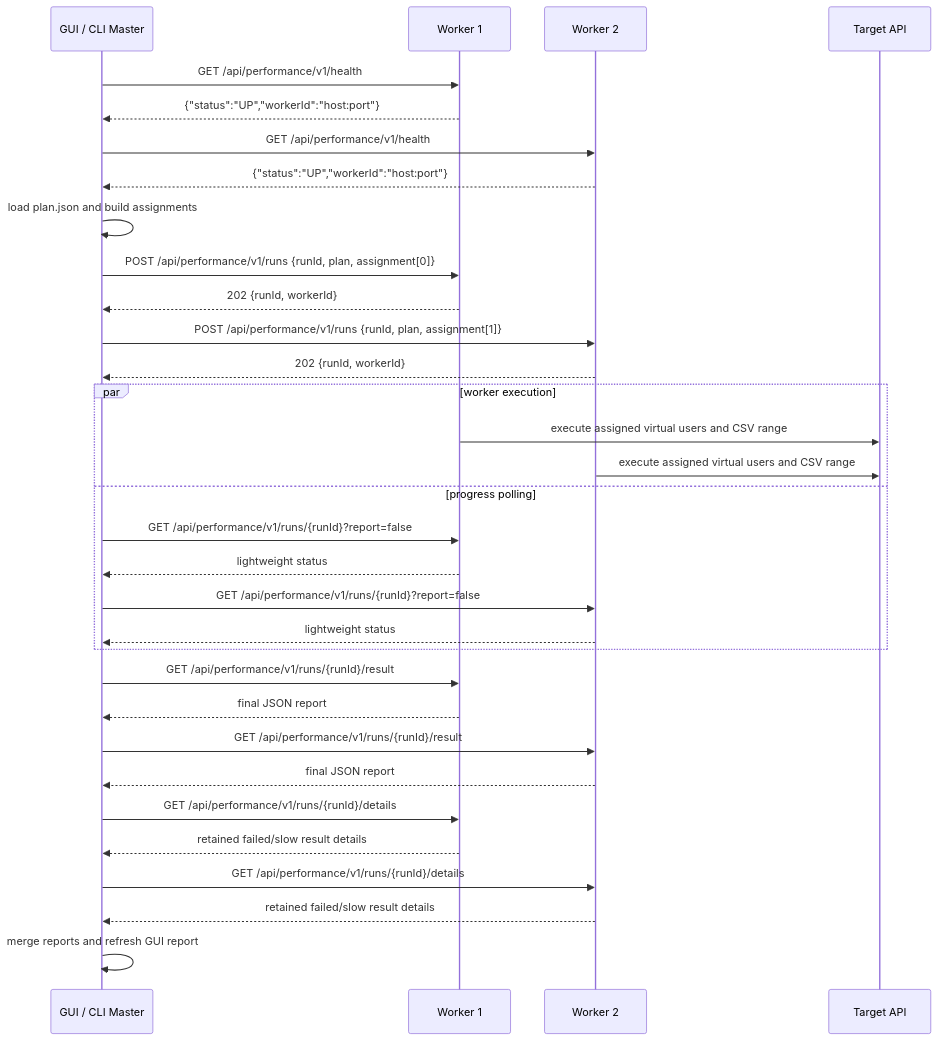
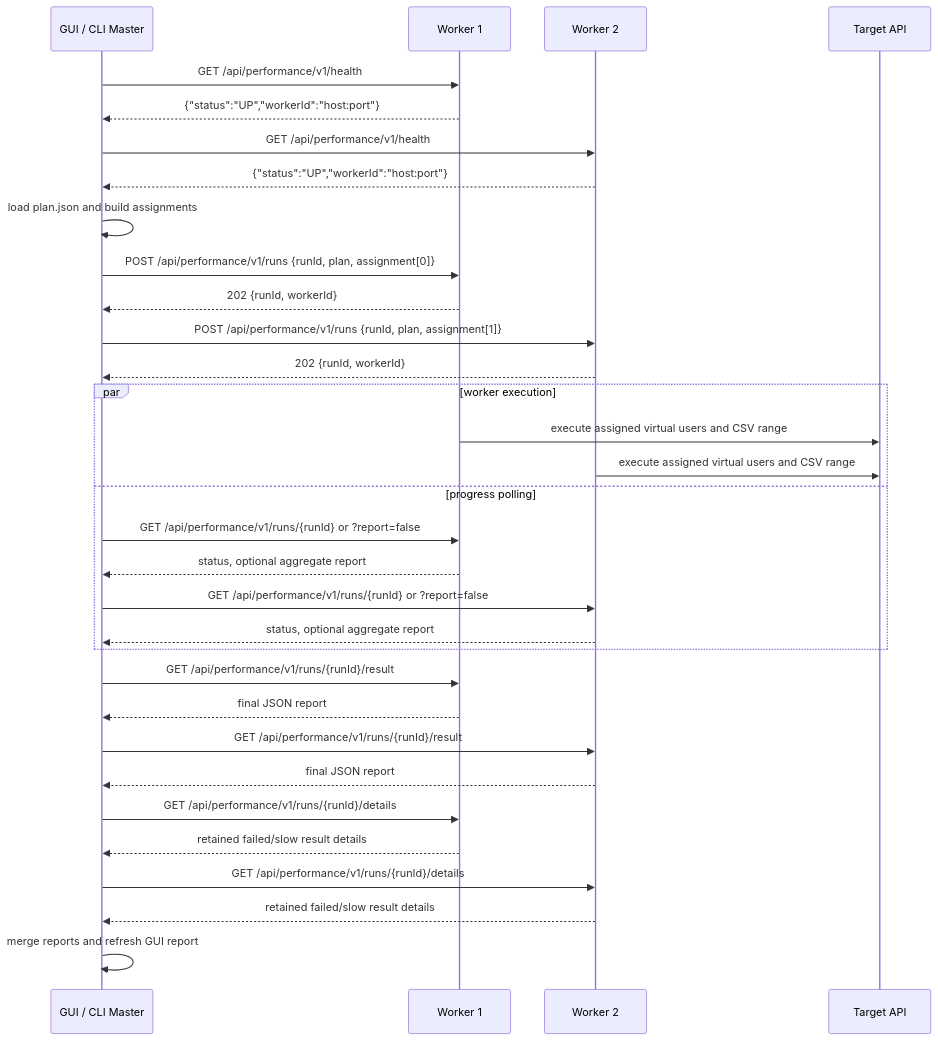
Before and after one commit to lakernote/EasyPostman: the diagram in docs/performance-load-test-design.md, drawn with Mermaid. The commit also changed other lines of this file and 16 other files, not shown here.

````diff
--- a/docs/performance-load-test-design.md
+++ b/docs/performance-load-test-design.md
@@ -208,38 +210,38 @@
 ```mermaid
 sequenceDiagram
     participant GUI as GUI / CLI Master
     participant W1 as Worker 1
     participant W2 as Worker 2
     participant T as Target API
 
     GUI->>W1: GET /api/performance/v1/health
     W1-->>GUI: {"status":"UP","workerId":"host:port"}
     GUI->>W2: GET /api/performance/v1/health
     W2-->>GUI: {"status":"UP","workerId":"host:port"}
 
     GUI->>GUI: load plan.json and build assignments
     GUI->>W1: POST /api/performance/v1/runs {runId, plan, assignment[0]}
     W1-->>GUI: 202 {runId, workerId}
     GUI->>W2: POST /api/performance/v1/runs {runId, plan, assignment[1]}
     W2-->>GUI: 202 {runId, workerId}
 
     par worker execution
         W1->>T: execute assigned virtual users and CSV range
         W2->>T: execute assigned virtual users and CSV range
     and progress polling
-        GUI->>W1: GET /api/performance/v1/runs/{runId}?report=false
-        W1-->>GUI: lightweight status
-        GUI->>W2: GET /api/performance/v1/runs/{runId}?report=false
-        W2-->>GUI: lightweight status
+        GUI->>W1: GET /api/performance/v1/runs/{runId} or ?report=false
+        W1-->>GUI: status, optional aggregate report
+        GUI->>W2: GET /api/performance/v1/runs/{runId} or ?report=false
+        W2-->>GUI: status, optional aggregate report
     end
 
     GUI->>W1: GET /api/performance/v1/runs/{runId}/result
     W1-->>GUI: final JSON report
     GUI->>W2: GET /api/performance/v1/runs/{runId}/result
     W2-->>GUI: final JSON report
     GUI->>W1: GET /api/performance/v1/runs/{runId}/details
     W1-->>GUI: retained failed/slow result details
     GUI->>W2: GET /api/performance/v1/runs/{runId}/details
     W2-->>GUI: retained failed/slow result details
     GUI->>GUI: merge reports and refresh GUI report
 ```
````
